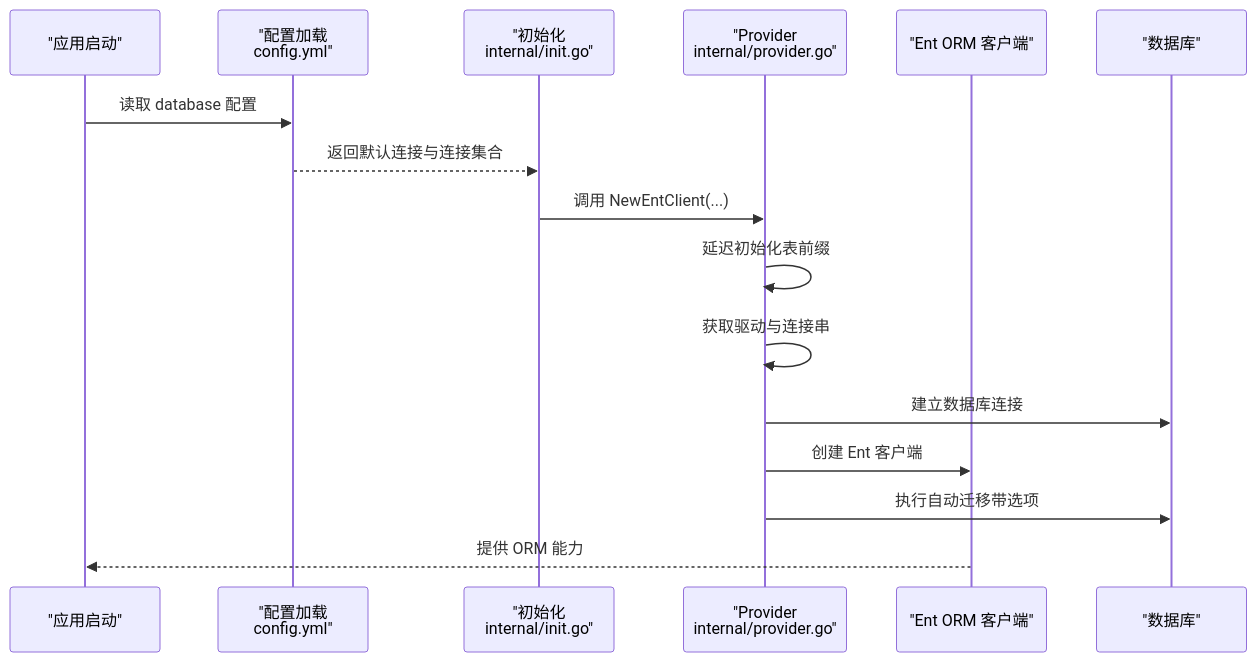
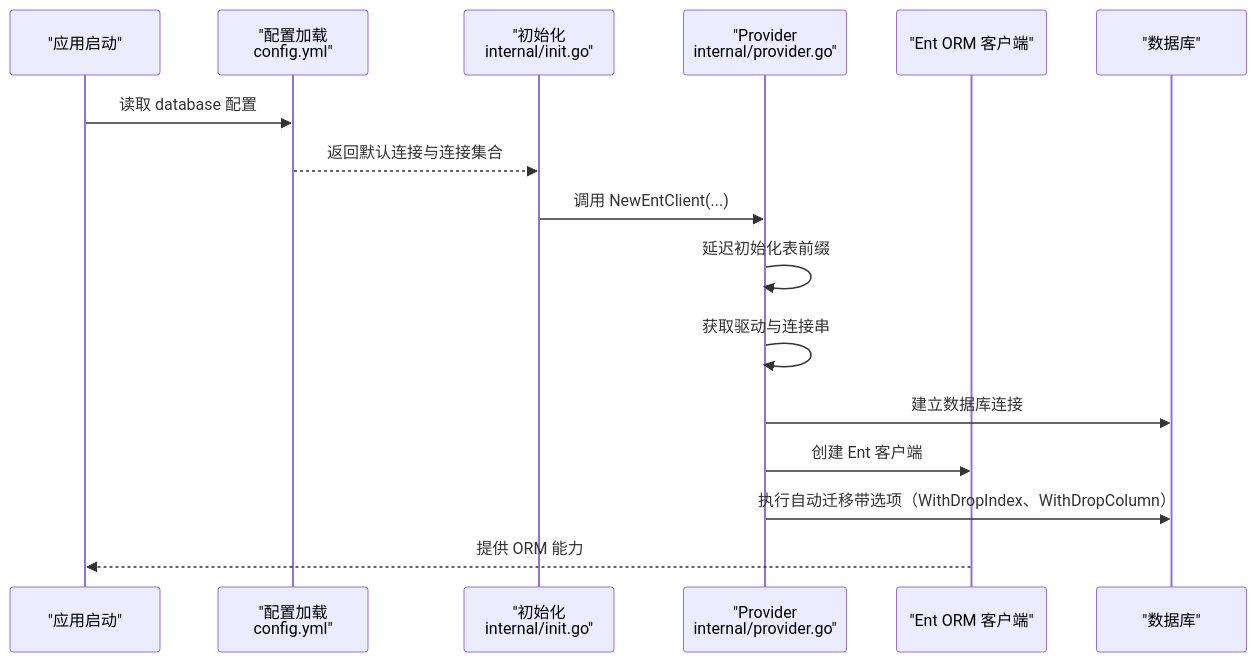
The second of 7 diagrams in .qoder/repowiki/zh/content/配置管理/数据库配置.md (wuwuseo/e-sports-go-admin), drawn with Mermaid before and after one commit. The commit also changed other lines of this file and 42 other files, not shown here.

````diff
--- a/.qoder/repowiki/zh/content/配置管理/数据库配置.md
+++ b/.qoder/repowiki/zh/content/配置管理/数据库配置.md
@@ -77,18 +77,18 @@
 ```mermaid
 sequenceDiagram
 participant Boot as "应用启动"
 participant Cfg as "配置加载<br/>config.yml"
 participant Init as "初始化<br/>internal/init.go"
 participant Prov as "Provider<br/>internal/provider.go"
 participant ORM as "Ent ORM 客户端"
 participant DB as "数据库"
 Boot->>Cfg : 读取 database 配置
 Cfg-->>Init : 返回默认连接与连接集合
 Init->>Prov : 调用 NewEntClient(...)
 Prov->>Prov : 延迟初始化表前缀
 Prov->>Prov : 获取驱动与连接串
 Prov->>DB : 建立数据库连接
 Prov->>ORM : 创建 Ent 客户端
-Prov->>DB : 执行自动迁移带选项
+Prov->>DB : 执行自动迁移带选项（WithDropIndex、WithDropColumn）
 ORM-->>Boot : 提供 ORM 能力
 ```
````
